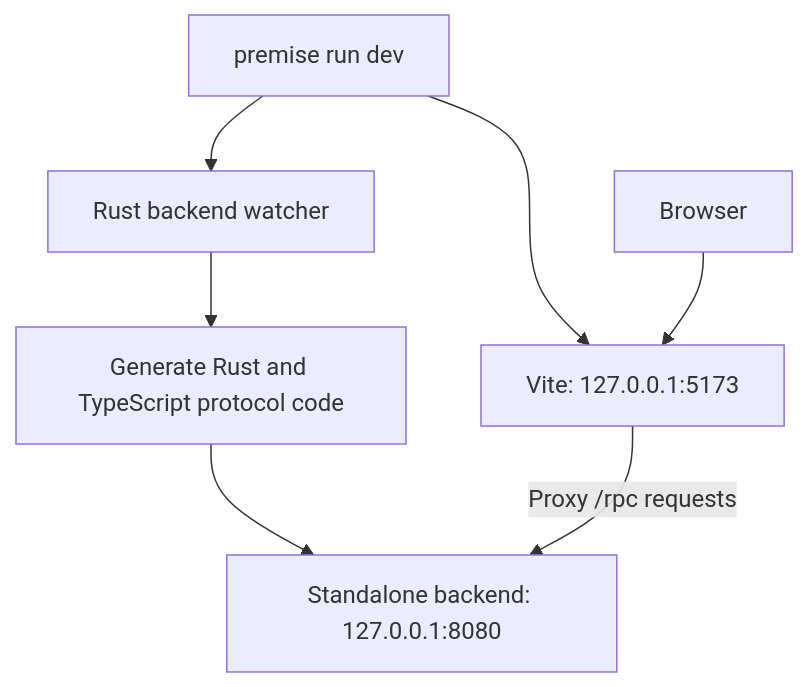
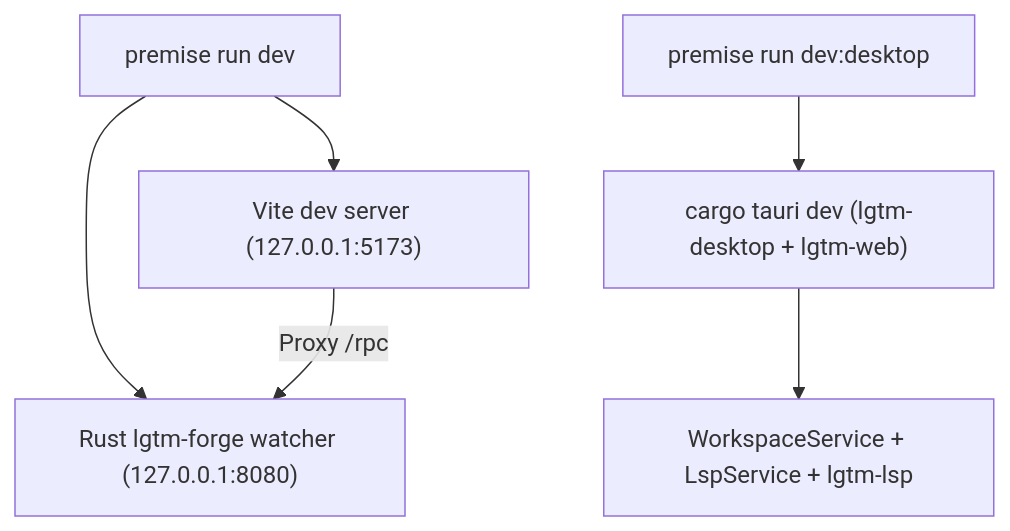
The fourth of 5 diagrams in docs/architecture/index.md (difflab-io/lgtm), drawn with Mermaid before and after one commit. The commit also changed other lines of this file and 66 other files, not shown here.

First line of the commit message:
feat(cli): link workspace crates directly, remove web UI bundler, and add lgtm open (#15)

````diff
--- a/docs/architecture/index.md
+++ b/docs/architecture/index.md
@@ -113,9 +214,8 @@
 ```mermaid
 flowchart TD
-    DEV["premise run dev"] --> WATCH["Rust backend watcher"]
-    DEV --> VITE["Vite: 127.0.0.1:5173"]
-    WATCH --> GEN["Generate Rust and TypeScript protocol code"]
-    GEN --> BACKEND["Standalone backend: 127.0.0.1:8080"]
-    BROWSER["Browser"] --> VITE
-    VITE -->|"Proxy /rpc requests"| BACKEND
+    DEV_WEB["premise run dev"] --> WATCH["Rust lgtm-forge watcher (127.0.0.1:8080)"]
+    DEV_WEB --> VITE["Vite dev server (127.0.0.1:5173)"]
+    VITE -->|"Proxy /rpc"| WATCH
+    DEV_DESK["premise run dev:desktop"] --> TAURI["cargo tauri dev (lgtm-desktop + lgtm-web)"]
+    TAURI --> LSP_WARMUP["WorkspaceService + LspService + lgtm-lsp"]
 ```
````
